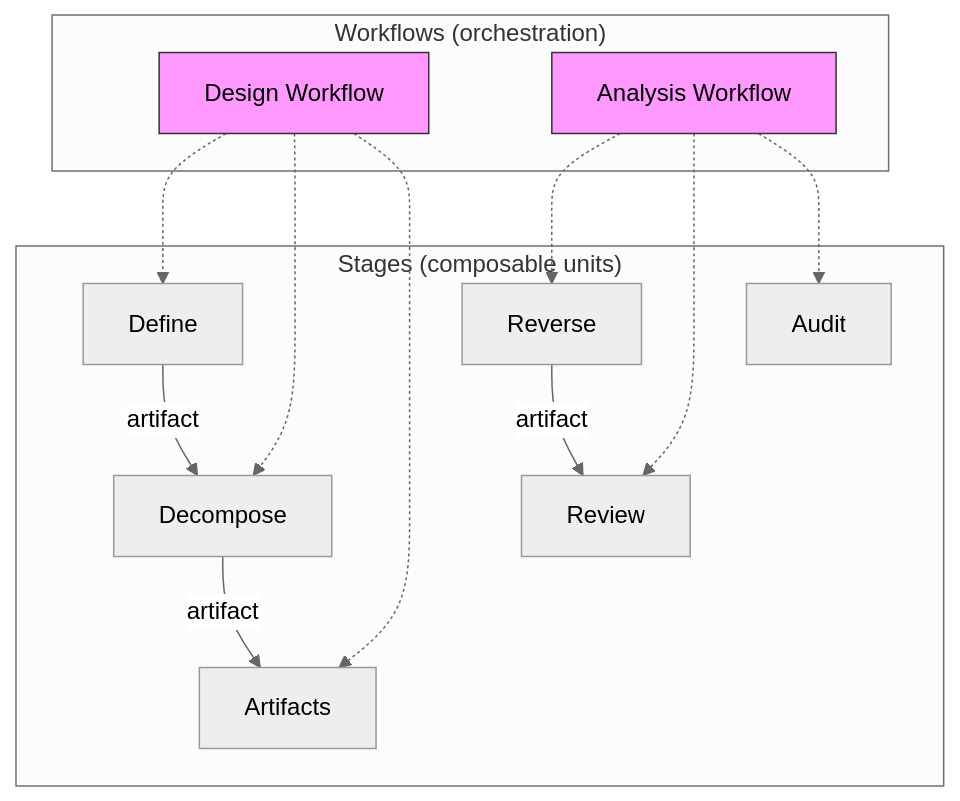
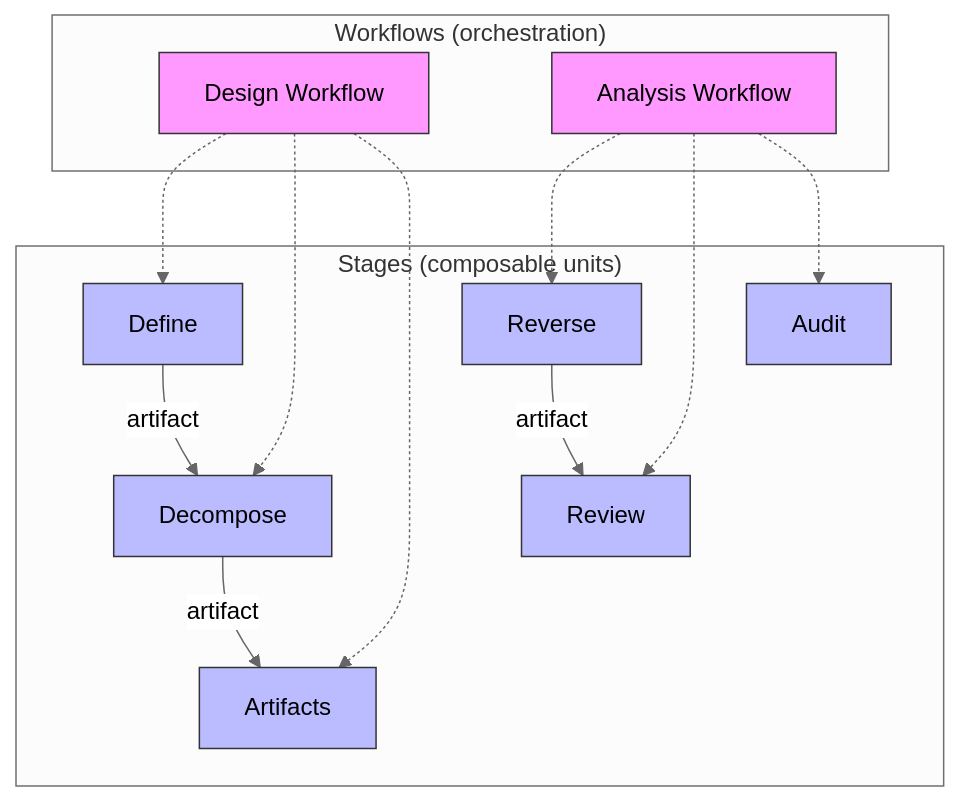
One commit to jrlangford/loop changed the eighth of 8 diagrams in framework-design.md. Above: the diagram before and after it, drawn with Mermaid (neutral theme). The commit also changed other lines of this file and 11 other files, not shown here.

First line of the commit message:
Align diagrams with describe skill conventions and clarify Evaluate vs Gate

````diff
--- a/framework-design.md
+++ b/framework-design.md
@@ -754,20 +734,20 @@
 ```mermaid
-graph TD
+flowchart TD
+    classDef workflow fill:#f9f,stroke:#333
+    classDef stage fill:#bbf,stroke:#333
+
     subgraph "Stages (composable units)"
-        D["Define"] --> |artifact| DC["Decompose"] --> |artifact| A["Artifacts"]
-        R["Reverse"] --> |artifact| RV["Review"]
-        AU["Audit"]
+        D["Define"]:::stage -->|artifact| DC["Decompose"]:::stage -->|artifact| A["Artifacts"]:::stage
+        R["Reverse"]:::stage -->|artifact| RV["Review"]:::stage
+        AU["Audit"]:::stage
     end
 
     subgraph "Workflows (orchestration)"
-        W1["Design Workflow"] -.-> D
+        W1["Design Workflow"]:::workflow -.-> D
         W1 -.-> DC
         W1 -.-> A
-        W2["Analysis Workflow"] -.-> R
+        W2["Analysis Workflow"]:::workflow -.-> R
         W2 -.-> RV
         W2 -.-> AU
     end
-
-    style W1 fill:#f9f,stroke:#333
-    style W2 fill:#f9f,stroke:#333
 ```
````
